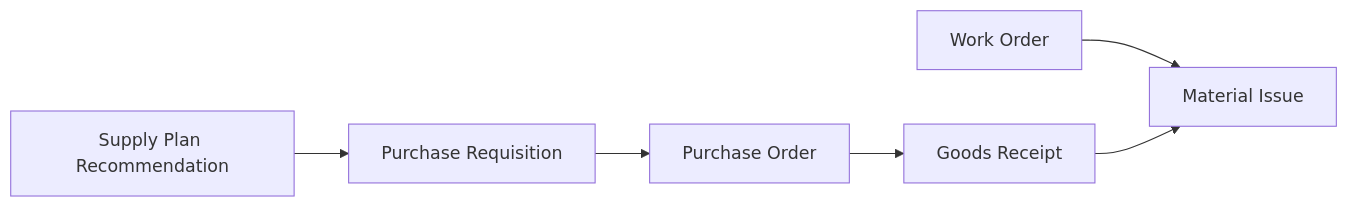
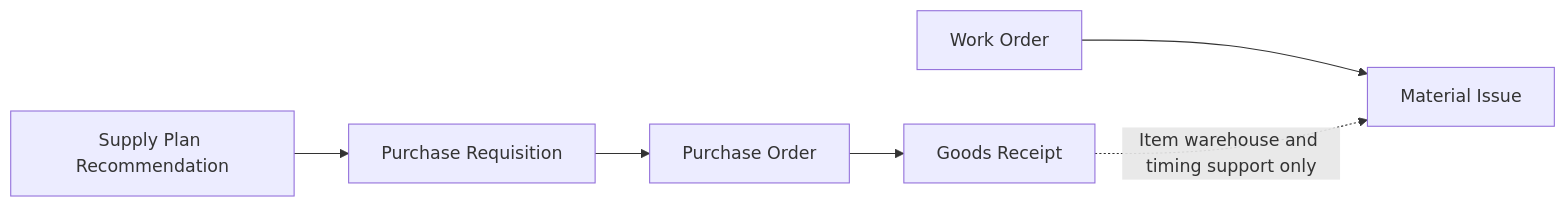
Before and after one commit to mmcodesso/CharlesRiver_Database: the fifth of 7 diagrams in docs/processes/manufacturing.md, drawn with Mermaid. The commit also changed other lines of this file and 66 other files, not shown here.

````diff
--- a/docs/processes/manufacturing.md
+++ b/docs/processes/manufacturing.md
@@ -377,15 +378,15 @@
 ```mermaid
 flowchart LR
     accTitle: Purchased component support and subsequent material issue
     accDescr: Purchasing and receiving support component availability. A separate work-order material issue records components moving into production.
     SPR[Supply Plan Recommendation]
     PR[Purchase Requisition]
     PO[Purchase Order]
     GR[Goods Receipt]
     WO[Work Order]
     MI[Material Issue]
 
     SPR --> PR --> PO --> GR
     WO --> MI
-    GR --> MI
+    GR -. Item warehouse and timing support only .-> MI
 ```
````
